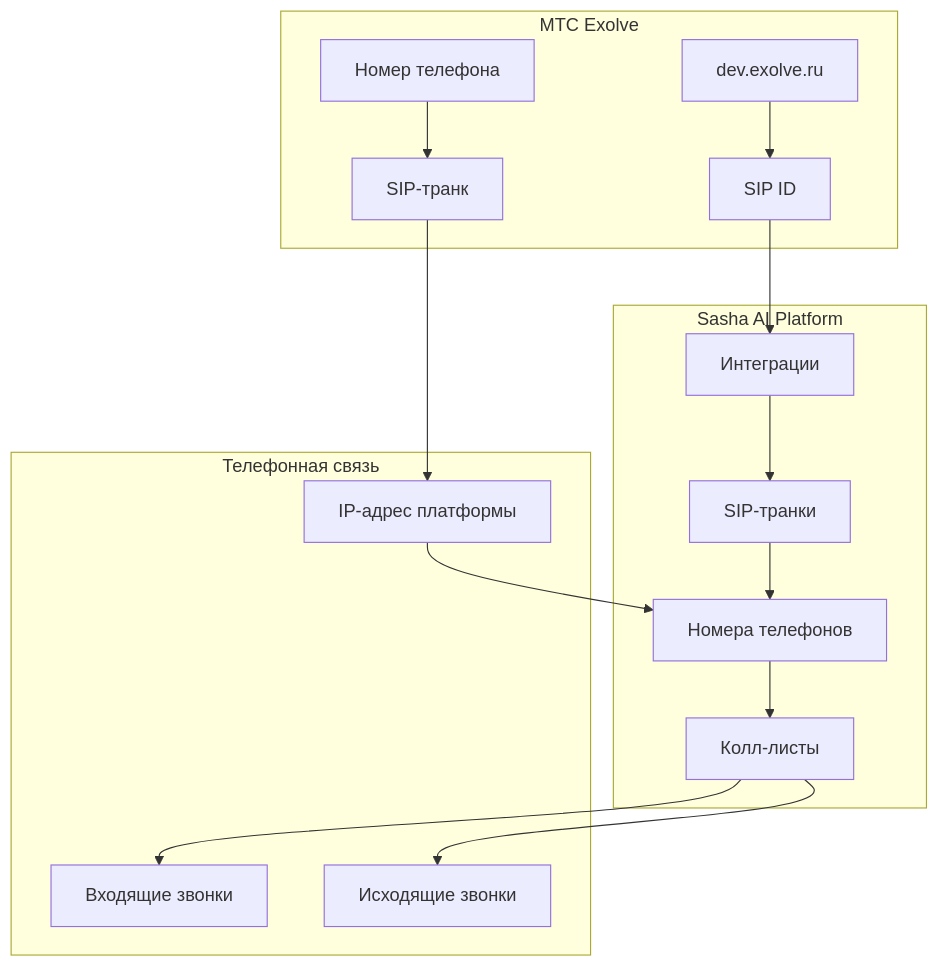
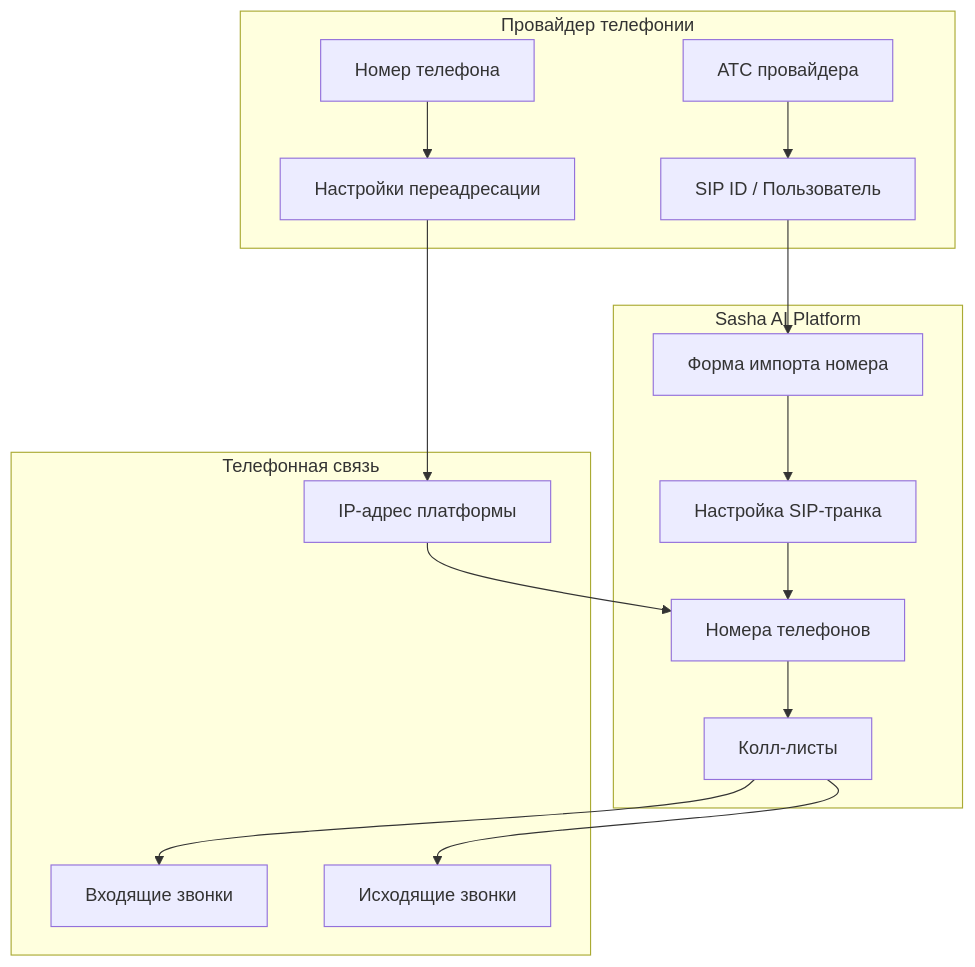
The diagram in integrations/telephony.mdx (skinnynpale/docs), drawn with Mermaid before and after one commit. The commit also changed other lines of this file, not shown here.

Commit message:
Обновление документации по настройке телефонии: переработаны шаги настройки SIP-транка для МТС Exolve и добавлен новый раздел для OnlinePBX. Упрощены инструкции и улучшена структура с использованием вкладок.

````diff
--- a/integrations/telephony.mdx
+++ b/integrations/telephony.mdx
@@ -106,33 +132,33 @@
 ```mermaid
 graph TB
-    subgraph ExolveGroup["МТС Exolve"]
-        A["dev.exolve.ru"]
-        B["SIP ID"]
+    subgraph ProviderGroup["Провайдер телефонии"]
+        A["АТС провайдера"]
+        B["SIP ID / Пользователь"]
         C["Номер телефона"]
-        D["SIP-транк"]
+        D["Настройки переадресации"]
     end
     
     subgraph SashaGroup["Sasha AI Platform"]
-        E["Интеграции"]
-        F["SIP-транки"]
+        E["Форма импорта номера"]
+        F["Настройка SIP-транка"]
         G["Номера телефонов"]
         H["Колл-листы"]
     end
     
     subgraph TelecomGroup["Телефонная связь"]
         I["Входящие звонки"]
         J["Исходящие звонки"]
         K["IP-адрес платформы"]
     end
     
     A --> B
     B --> E
     E --> F
     F --> G
     C --> D
     D --> K
     K --> G
     G --> H
     H --> I
     H --> J
 ```
````
